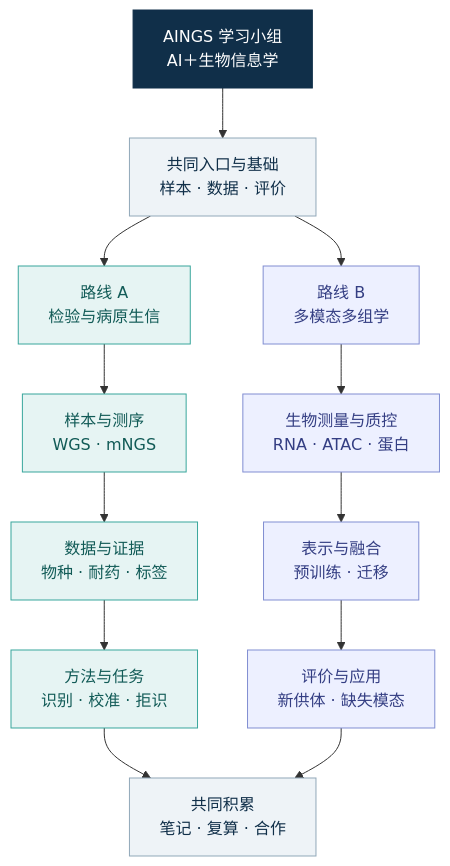
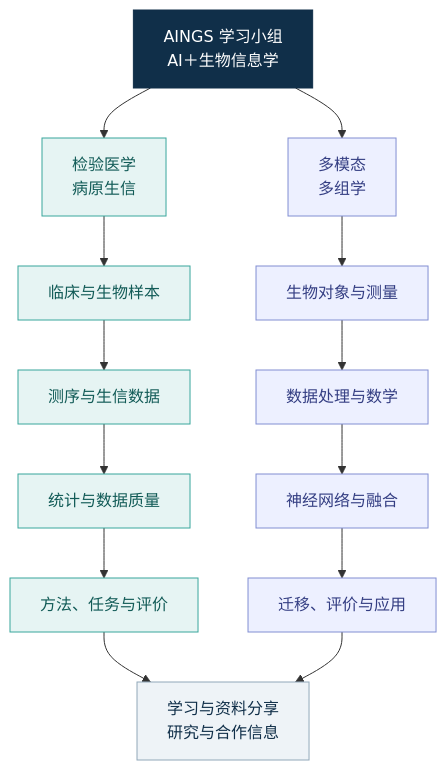
The diagram in README.md (moshookee-ux/AINGS-study-group), drawn with Mermaid before and after one commit. The commit also changed other lines of this file and 197 other files, not shown here.

````diff
--- a/README.md
+++ b/README.md
@@ -23,22 +20,23 @@
 ```mermaid
 flowchart TB
-    E["AINGS 学习小组<br/>AI＋生物信息学"] --> C["共同入口与基础<br/>样本 · 数据 · 评价"]
-    C --> A1["路线 A<br/>检验与病原生信"]
-    C --> B1["路线 B<br/>多模态多组学"]
-    A1 --> A2["样本与测序<br/>WGS · mNGS"]
-    A2 --> A3["数据与证据<br/>物种 · 耐药 · 标签"]
-    A3 --> A4["方法与任务<br/>识别 · 校准 · 拒识"]
-    B1 --> B2["生物测量与质控<br/>RNA · ATAC · 蛋白"]
-    B2 --> B3["表示与融合<br/>预训练 · 迁移"]
-    B3 --> B4["评价与应用<br/>新供体 · 缺失模态"]
-    A4 --> O["共同积累<br/>笔记 · 复算 · 合作"]
+    E["AINGS 学习小组<br/>AI＋生物信息学"] --> A["检验医学<br/>病原生信"]
+    E --> B["多模态<br/>多组学"]
+    A --> A1["临床与生物样本"]
+    A1 --> A2["测序与生信数据"]
+    A2 --> A3["统计与数据质量"]
+    A3 --> A4["方法、任务与评价"]
+    B --> B1["生物对象与测量"]
+    B1 --> B2["数据处理与数学"]
+    B2 --> B3["神经网络与融合"]
+    B3 --> B4["迁移、评价与应用"]
+    A4 --> O["学习与资料分享<br/>研究与合作信息"]
     B4 --> O
     classDef entry fill:#102f49,color:#fff,stroke:#102f49;
     classDef shared fill:#eef3f7,color:#102f49,stroke:#91a8b9;
     classDef trackA fill:#e6f4f3,color:#125b57,stroke:#39a69c;
     classDef trackB fill:#edf0ff,color:#343e83,stroke:#818ed2;
     class E entry;
-    class C,O shared;
-    class A1,A2,A3,A4 trackA;
-    class B1,B2,B3,B4 trackB;
+    class O shared;
+    class A,A1,A2,A3,A4 trackA;
+    class B,B1,B2,B3,B4 trackB;
 ```
````
